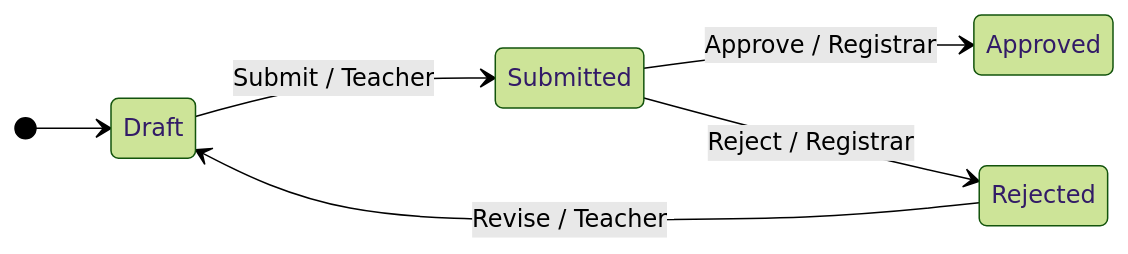
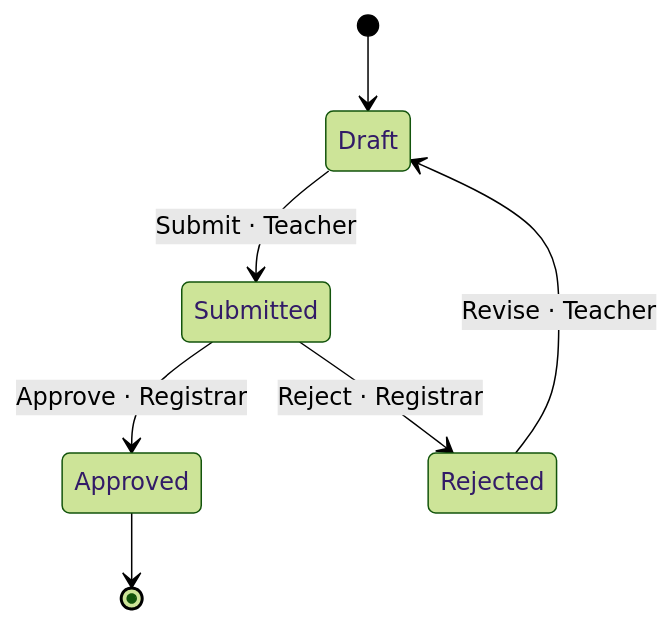
The third of 4 diagrams in README.md (45ck/eija-studio), drawn with Mermaid (forest theme) before and after one commit. The commit also changed other lines of this file and 2 other files, not shown here.

````diff
--- a/README.md
+++ b/README.md
@@ -58,9 +89,11 @@
 ```mermaid
+%% eija: baseline: workflow excursion semantic_hash=5d3ef3a19c31d956a185b9c5ba4b1b79e651d0356e162436c5c67054d2ad4cdf
 stateDiagram-v2
-    direction LR
+    direction TB
     [*] --> Draft
-    Submitted --> Approved: Approve / Registrar
-    Submitted --> Rejected: Reject / Registrar
-    Rejected --> Draft: Revise / Teacher
-    Draft --> Submitted: Submit / Teacher
+    Draft --> Submitted: Submit · Teacher
+    Rejected --> Draft: Revise · Teacher
+    Submitted --> Approved: Approve · Registrar
+    Submitted --> Rejected: Reject · Registrar
+    Approved --> [*]
 ```
````
